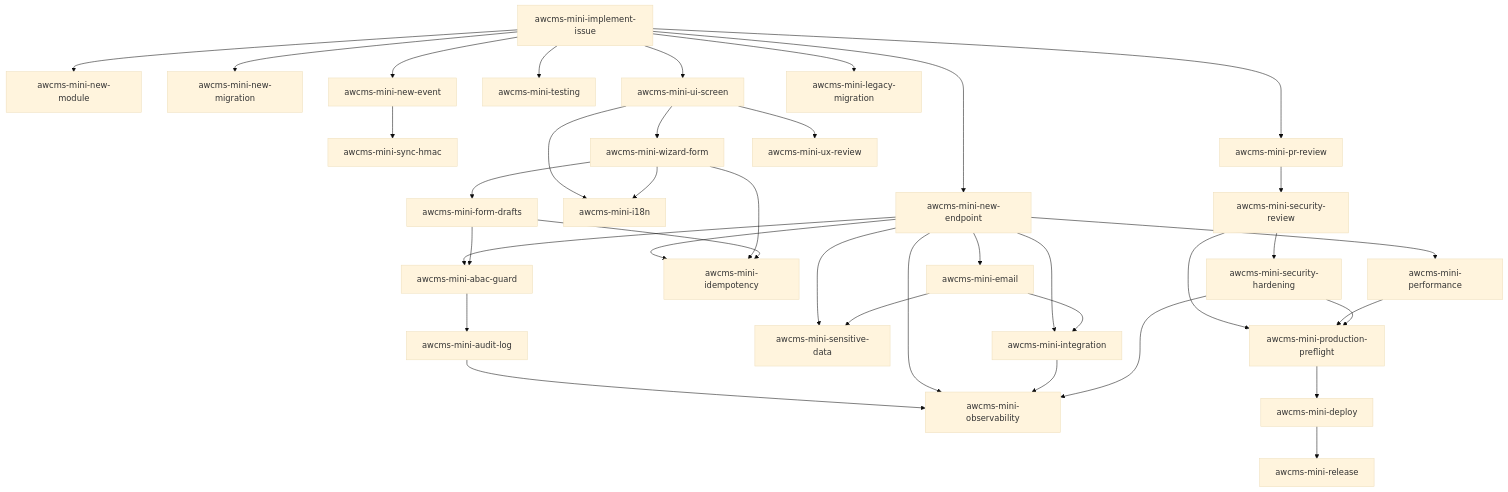
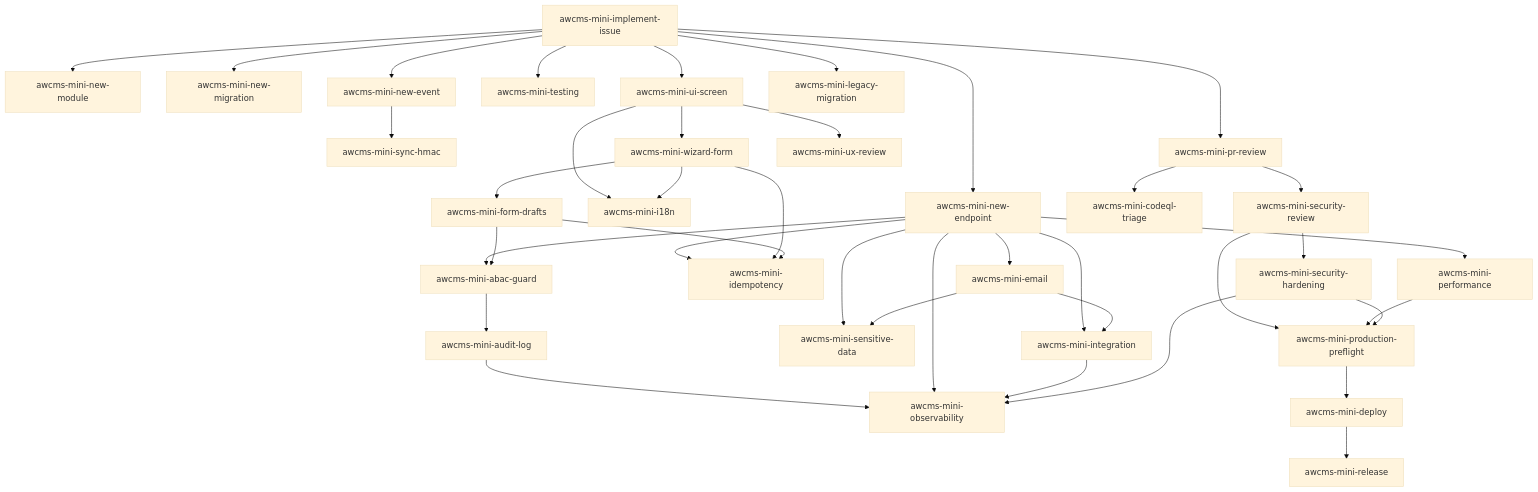
Before and after one commit to ahliweb/awcms-mini: the diagram in .claude/skills/README.md, drawn with Mermaid (base theme). The commit also changed other lines of this file and 8 other files, not shown here.

````diff
--- a/.claude/skills/README.md
+++ b/.claude/skills/README.md
@@ -58,41 +59,42 @@
 ```mermaid
 flowchart TD
   II[awcms-mini-implement-issue] --> NM[awcms-mini-new-module]
   II --> MIG[awcms-mini-new-migration]
   II --> EP[awcms-mini-new-endpoint]
   II --> EV[awcms-mini-new-event]
   II --> TST[awcms-mini-testing]
   EP --> ABAC[awcms-mini-abac-guard]
   EP --> IDEM[awcms-mini-idempotency]
   ABAC --> AUD[awcms-mini-audit-log]
   AUD --> OBS[awcms-mini-observability]
   EP --> OBS
   EP --> SD[awcms-mini-sensitive-data]
   EV --> SYNC[awcms-mini-sync-hmac]
   II --> UI[awcms-mini-ui-screen]
   UI --> I18N[awcms-mini-i18n]
   UI --> WIZ[awcms-mini-wizard-form]
   WIZ --> IDEM
   WIZ --> I18N
   WIZ --> DRAFT[awcms-mini-form-drafts]
   DRAFT --> IDEM
   DRAFT --> ABAC
   II --> LEG[awcms-mini-legacy-migration]
   II --> PR[awcms-mini-pr-review]
   PR --> SEC[awcms-mini-security-review]
+  PR --> CQ[awcms-mini-codeql-triage]
   SEC --> PF[awcms-mini-production-preflight]
   PF --> DEP[awcms-mini-deploy]
   DEP --> REL[awcms-mini-release]
 
   UI --> UXR[awcms-mini-ux-review]
   EP --> PERF[awcms-mini-performance]
   EP --> INT[awcms-mini-integration]
   INT --> OBS
   SEC --> HARD[awcms-mini-security-hardening]
   HARD --> OBS
   PERF --> PF
   HARD --> PF
   EP --> EMAIL[awcms-mini-email]
   EMAIL --> INT
   EMAIL --> SD
 ```
````
